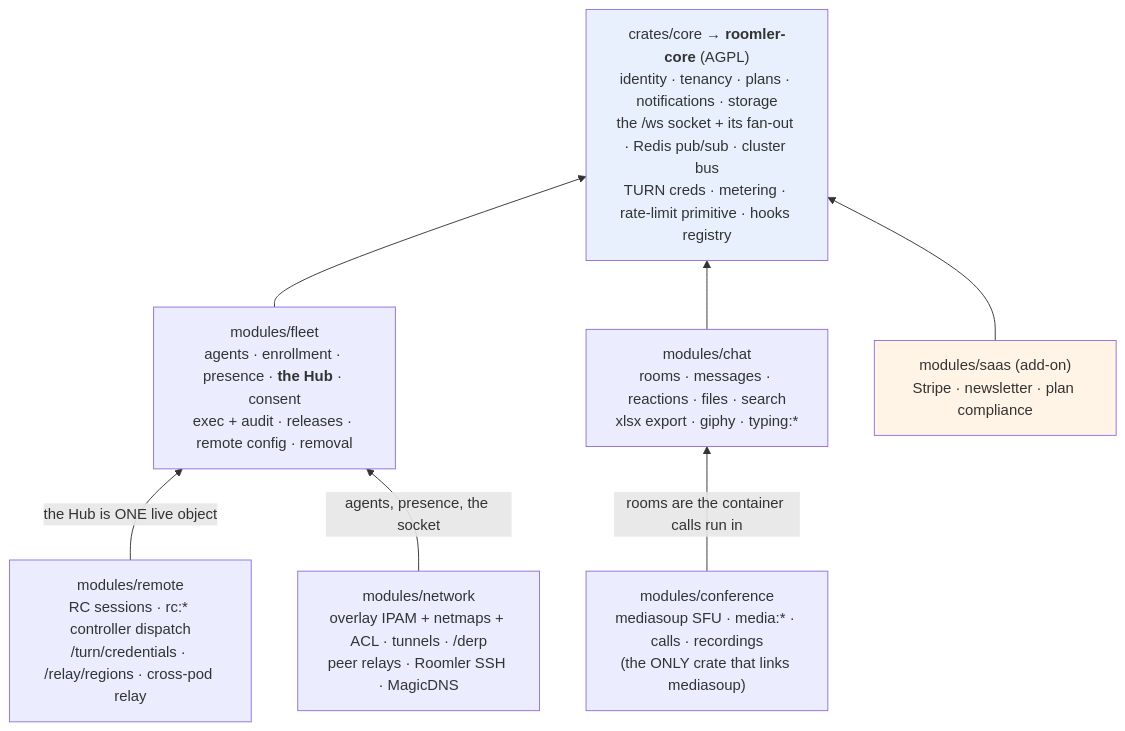
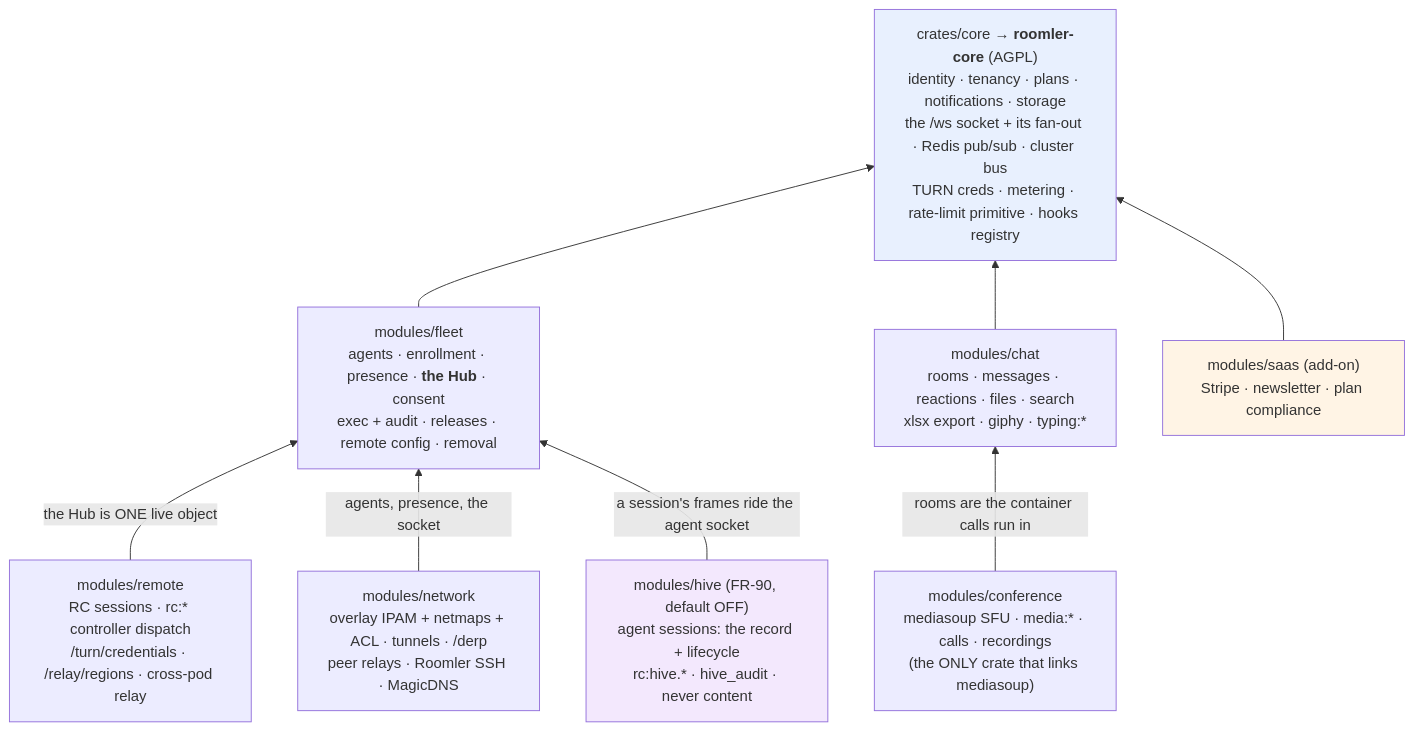
The first of 8 diagrams in docs/modular-monolith.md (gjovanov/roomler-ai), drawn with Mermaid before and after one commit. The commit also changed other lines of this file and 38 other files, not shown here.

First line of the commit message:
feat(fr-90): P0b - the hive module: agent sessions on the server, metadata only (#1827)

````diff
--- a/docs/modular-monolith.md
+++ b/docs/modular-monolith.md
@@ -21,18 +21,21 @@
 ```mermaid
 flowchart BT
     core["crates/core → <b>roomler-core</b> (AGPL)<br/>identity · tenancy · plans · notifications · storage<br/>the /ws socket + its fan-out · Redis pub/sub · cluster bus<br/>TURN creds · metering · rate-limit primitive · hooks registry"]
     fleet["modules/fleet<br/>agents · enrollment · presence · <b>the Hub</b> · consent<br/>exec + audit · releases · remote config · removal"]
     chat["modules/chat<br/>rooms · messages · reactions · files · search<br/>xlsx export · giphy · typing:*"]
     conference["modules/conference<br/>mediasoup SFU · media:* · calls · recordings<br/>(the ONLY crate that links mediasoup)"]
     remote["modules/remote<br/>RC sessions · rc:* controller dispatch<br/>/turn/credentials · /relay/regions · cross-pod relay"]
     network["modules/network<br/>overlay IPAM + netmaps + ACL · tunnels · /derp<br/>peer relays · Roomler SSH · MagicDNS"]
     saas["modules/saas (add-on)<br/>Stripe · newsletter · plan compliance"]
+    hive["modules/hive (FR-90, default OFF)<br/>agent sessions: the record + lifecycle<br/>rc:hive.* · hive_audit · never content"]
     fleet --> core
     chat --> core
     saas --> core
     conference -->|"rooms are the container calls run in"| chat
     remote -->|"the Hub is ONE live object"| fleet
     network -->|"agents, presence, the socket"| fleet
+    hive -->|"a session's frames ride the agent socket"| fleet
     style core fill:#e8f0fe
     style saas fill:#fff4e5
+    style hive fill:#f3e8fd
 ```
````
